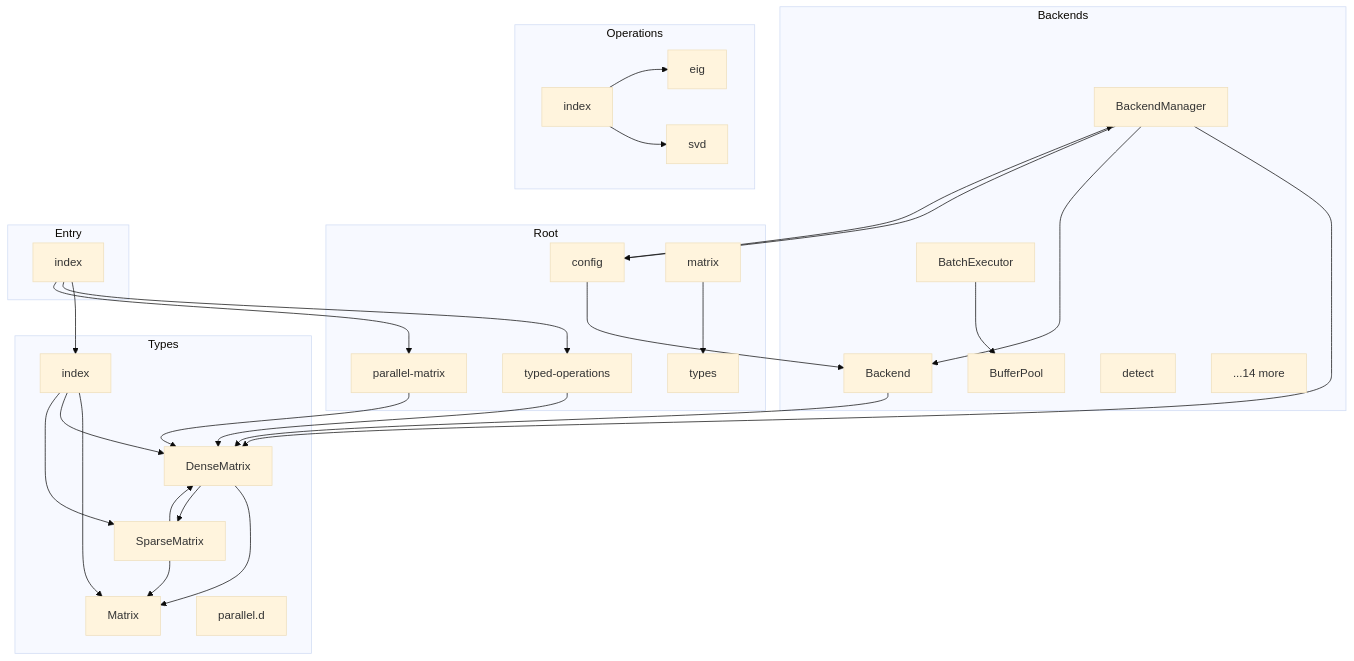
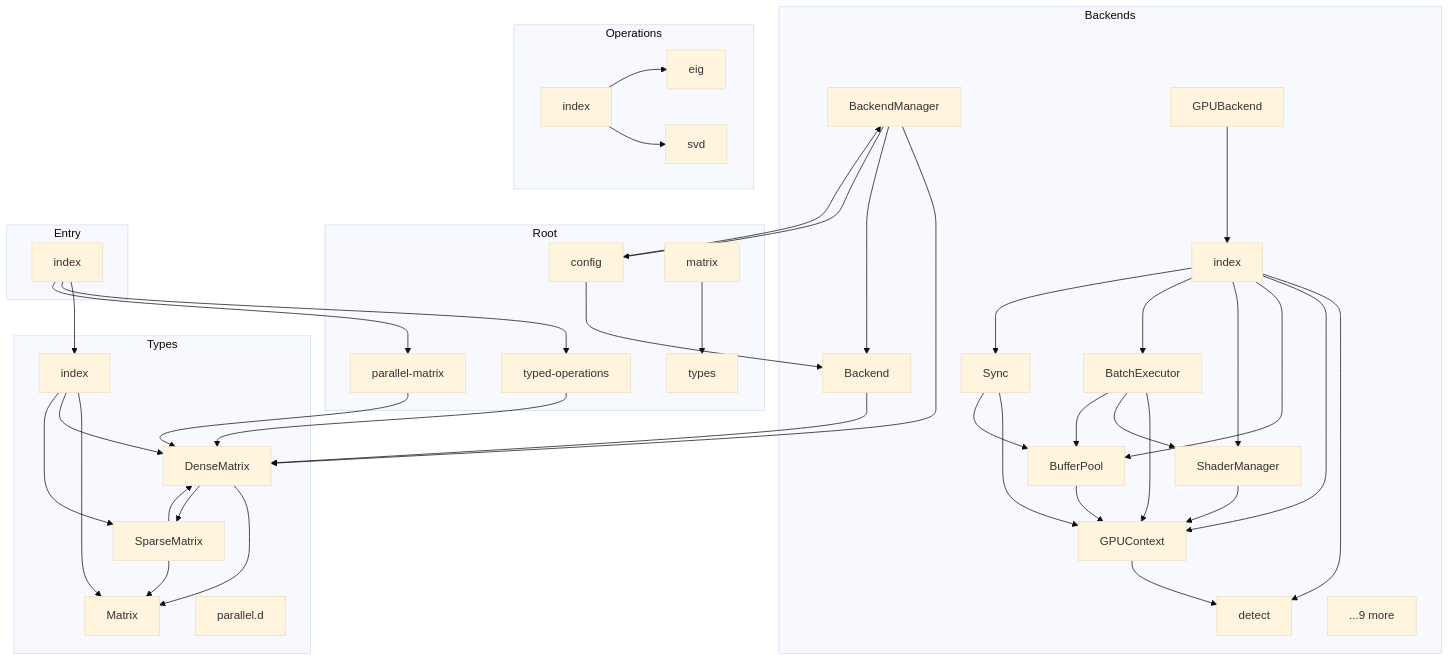
The diagram in docs/Architecture/dependency-graphs/matrix/DEPENDENCY_GRAPH.md (danielsimonjr/MathTS), drawn with Mermaid (base theme) before and after one commit. The commit also changed other lines of this file and 74 other files, not shown here.

First line of the commit message:
docs: update all architecture docs and regenerate dependency graphs

````diff
--- a/docs/Architecture/dependency-graphs/matrix/DEPENDENCY_GRAPH.md
+++ b/docs/Architecture/dependency-graphs/matrix/DEPENDENCY_GRAPH.md
@@ -563,60 +589,79 @@
 ```mermaid
 graph TD
     subgraph Backends
         N0[Backend]
         N1[BackendManager]
         N2[BatchExecutor]
         N3[BufferPool]
         N4[detect]
-        N5[...14 more]
+        N5[GPUContext]
+        N6[index]
+        N7[ShaderManager]
+        N8[Sync]
+        N9[GPUBackend]
+        N10[...9 more]
     end
 
     subgraph Root
-        N6[config]
-        N7[matrix]
-        N8[parallel-matrix]
-        N9[typed-operations]
-        N10[types]
+        N11[config]
+        N12[matrix]
+        N13[parallel-matrix]
+        N14[typed-operations]
+        N15[types]
     end
 
     subgraph Entry
-        N11[index]
+        N16[index]
     end
 
     subgraph Operations
-        N12[eig]
-        N13[index]
-        N14[svd]
+        N17[eig]
+        N18[index]
+        N19[svd]
     end
 
     subgraph Types
-        N15[DenseMatrix]
-        N16[index]
-        N17[Matrix]
-        N18[parallel.d]
-        N19[SparseMatrix]
+        N20[DenseMatrix]
+        N21[index]
+        N22[Matrix]
+        N23[parallel.d]
+        N24[SparseMatrix]
     end
 
-    N0 --> N15
-    N1 --> N15
+    N0 --> N20
+    N1 --> N20
     N1 --> N0
-    N1 --> N6
+    N1 --> N11
+    N2 --> N5
+    N2 --> N7
     N2 --> N3
-    N6 --> N0
-    N6 --> N1
-    N11 --> N16
-    N11 --> N9
-    N11 --> N8
-    N7 --> N10
-    N13 --> N12
-    N13 --> N14
-    N8 --> N15
-    N9 --> N15
-    N15 --> N17
-    N15 --> N19
-    N16 --> N17
-    N16 --> N15
-    N16 --> N19
-    N19 --> N17
-    N19 --> N15
+    N3 --> N5
+    N5 --> N4
+    N6 --> N4
+    N6 --> N5
+    N6 --> N3
+    N6 --> N7
+    N6 --> N2
+    N6 --> N8
+    N7 --> N5
+    N8 --> N5
+    N8 --> N3
+    N9 --> N6
+    N11 --> N0
+    N11 --> N1
+    N16 --> N21
+    N16 --> N14
+    N16 --> N13
+    N12 --> N15
+    N18 --> N17
+    N18 --> N19
+    N13 --> N20
+    N14 --> N20
+    N20 --> N22
+    N20 --> N24
+    N21 --> N22
+    N21 --> N20
+    N21 --> N24
+    N24 --> N22
+    N24 --> N20
 ```
````
